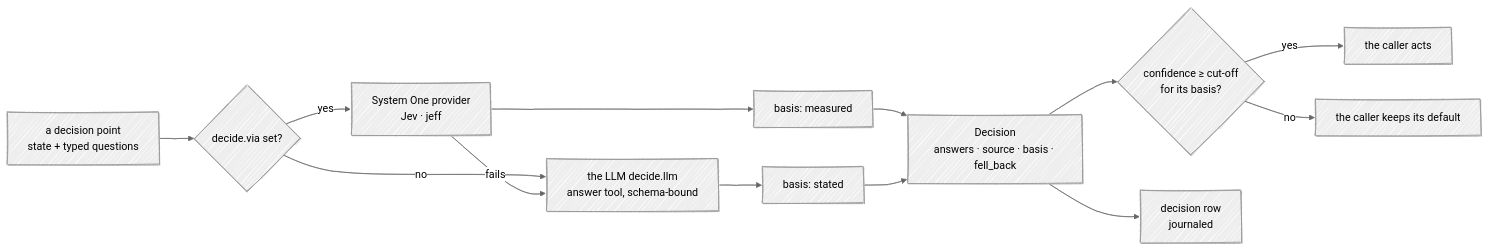
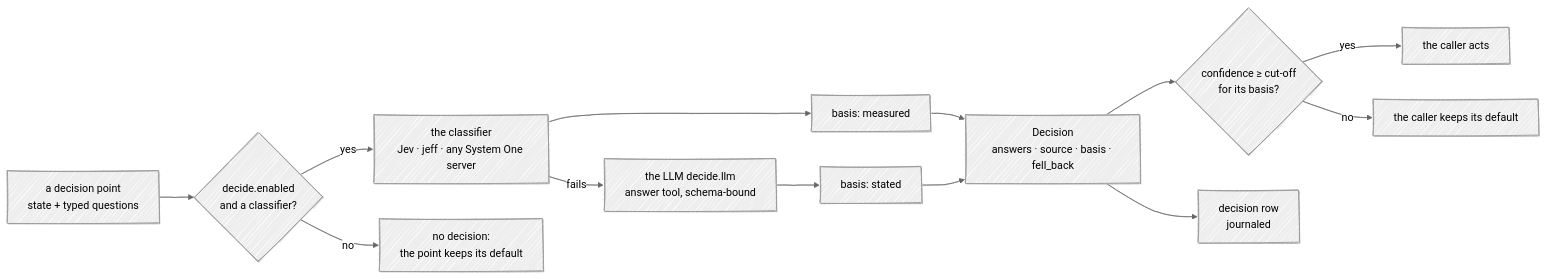
One commit to Kaginari/mnemorph changed the third of 3 diagrams in docs/05-architecture.md. Above: the diagram before and after it, drawn with Mermaid. The commit also changed other lines of this file and 7 other files, not shown here.

Commit message:
config: models go through the human's backend (OpenRouter, a vLLM gateway), one model or one per race and office; decisions only when switched on with a classifier

````diff
--- a/docs/05-architecture.md
+++ b/docs/05-architecture.md
@@ -377,19 +406,19 @@
 ```mermaid
 ---
 config:
   look: handDrawn
   theme: neutral
 ---
 flowchart LR
-    Q["a decision point<br/>state + typed questions"] --> V{"decide.via set?"}
-    V -- yes --> S["System One provider<br/>Jev · jeff"]
-    V -- no --> L["the LLM decide.llm<br/>answer tool, schema-bound"]
-    S -- fails --> L
+    Q["a decision point<br/>state + typed questions"] --> V{"decide.enabled<br/>and a classifier?"}
+    V -- yes --> S["the classifier<br/>Jev · jeff · any System One server"]
+    V -- no --> OFF["no decision:<br/>the point keeps its default"]
+    S -- fails --> L["the LLM decide.llm<br/>answer tool, schema-bound"]
     S --> M["basis: measured"]
     L --> T["basis: stated"]
     M & T --> D["Decision<br/>answers · source · basis · fell_back"]
     D --> C{"confidence ≥ cut-off<br/>for its basis?"}
     C -- yes --> A["the caller acts"]
     C -- no --> K["the caller keeps its default"]
     D --> R["decision row<br/>journaled"]
 ```
````
